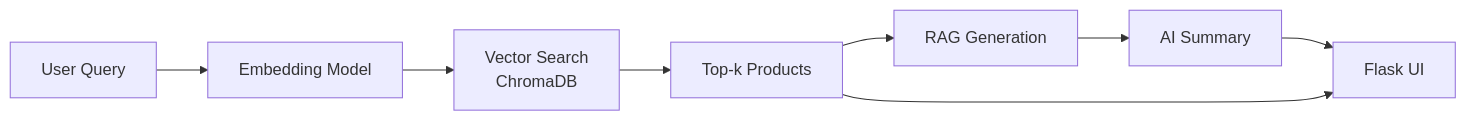
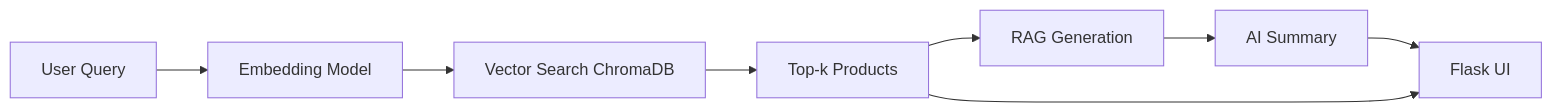
The diagram in README.md (Shivam-Shukl/Amazon-E-commerce-Agent-RAG-Based-AI-Product-Recommender), drawn with Mermaid before and after one commit. The commit also changed other lines of this file, not shown here.

````diff
--- a/README.md
+++ b/README.md
@@ -27,10 +27,10 @@
 ```mermaid
 flowchart LR
     A[User Query] --> B[Embedding Model]
-    B --> C[Vector Search<br/>ChromaDB]
+    B --> C[Vector Search ChromaDB]
     C --> D[Top-k Products]
     D --> E[RAG Generation]
     E --> F[AI Summary]
     F --> G[Flask UI]
     D --> G
 ```
````
